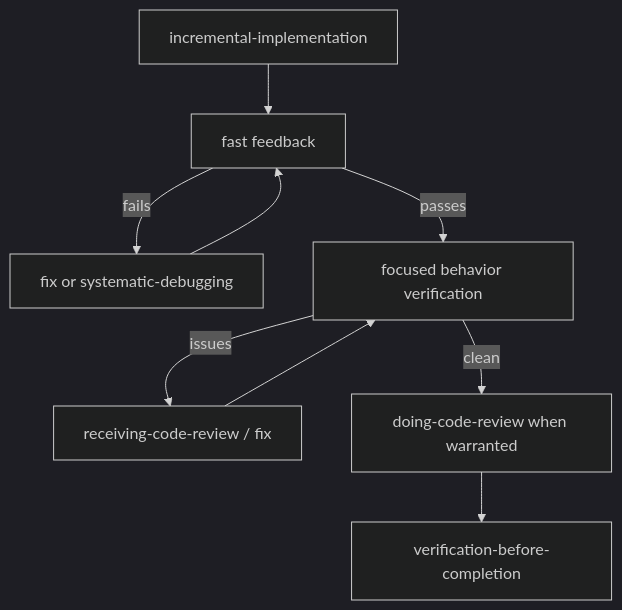
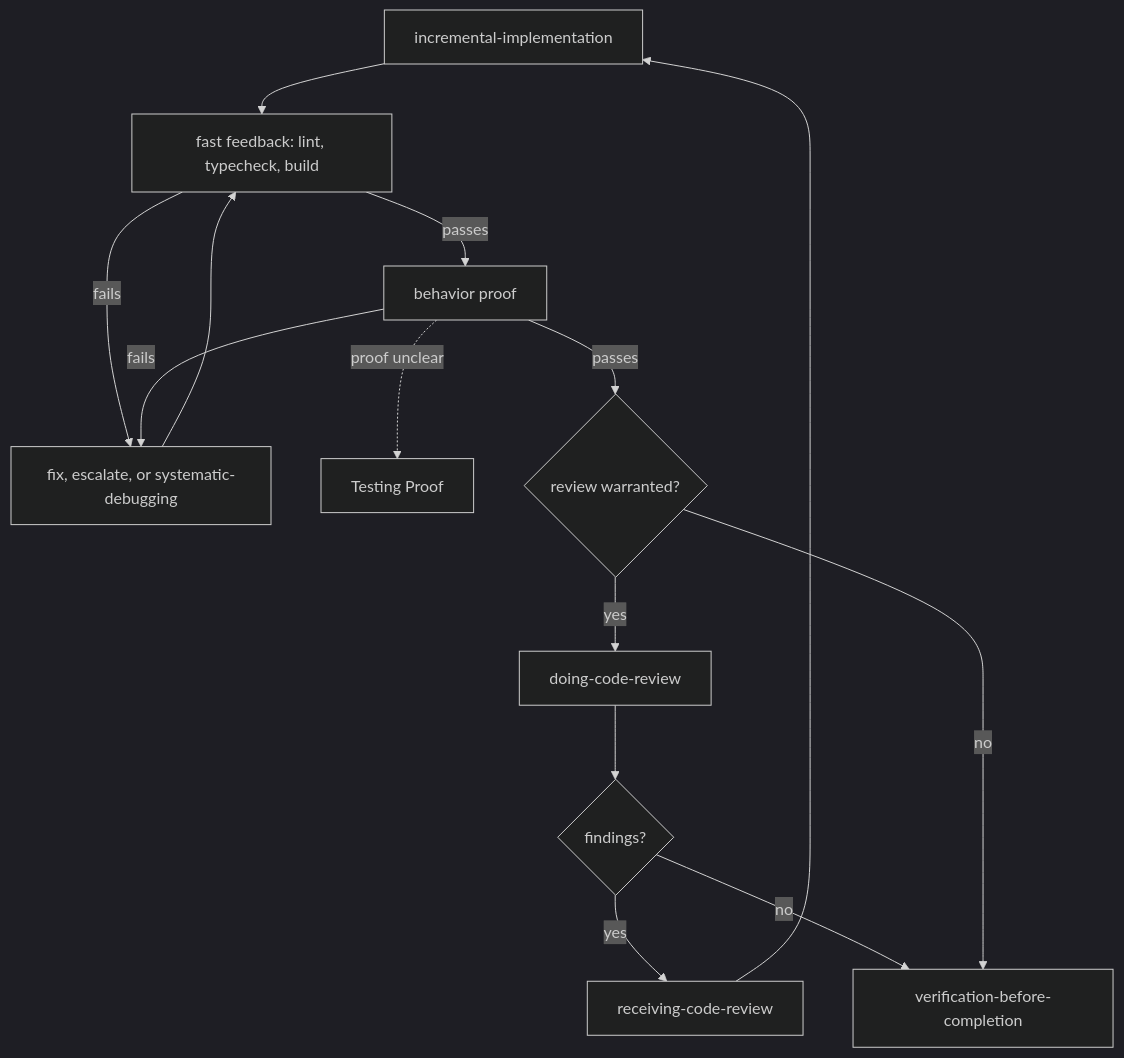
One commit to quick-brown-foxxx/myai changed diagram 11 of 14 in skills/README.md. Above: the diagram before and after it, drawn with Mermaid (dark theme). The commit also changed other lines of this file, not shown here.

````diff
--- a/skills/README.md
+++ b/skills/README.md
@@ -240,11 +351,16 @@
 ```mermaid
 flowchart TD
-  A[incremental-implementation] --> B[fast feedback]
-  B -->|fails| C[fix or systematic-debugging]
+  A[incremental-implementation] --> B[fast feedback: lint, typecheck, build]
+  B -->|fails| C[fix, escalate, or systematic-debugging]
   C --> B
-  B -->|passes| D[focused behavior verification]
-  D -->|issues| E[receiving-code-review / fix]
-  E --> D
-  D -->|clean| F[doing-code-review when warranted]
-  F --> G[verification-before-completion]
+  B -->|passes| D[behavior proof]
+  D -. proof unclear .-> E[Testing Proof]
+  D -->|fails| C
+  D -->|passes| F{review warranted?}
+  F -- yes --> G[doing-code-review]
+  G --> H{findings?}
+  H -- yes --> I[receiving-code-review]
+  I --> A
+  H -- no --> J[verification-before-completion]
+  F -- no --> J
 ```
````
